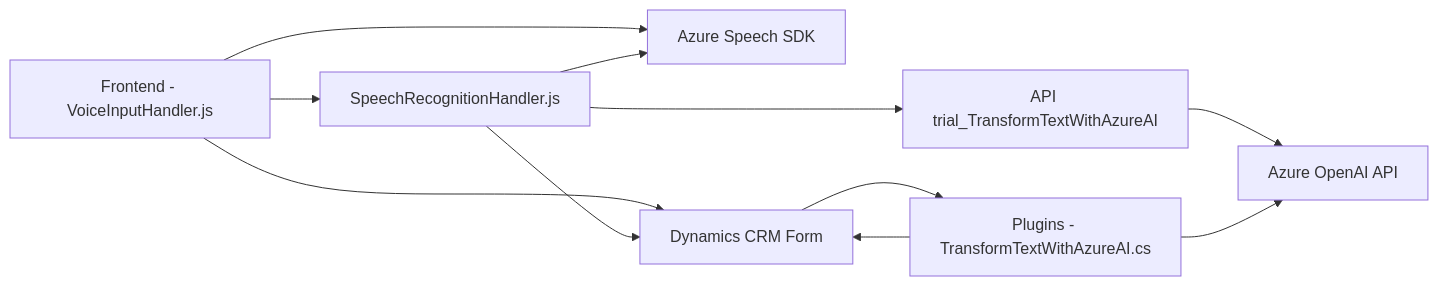
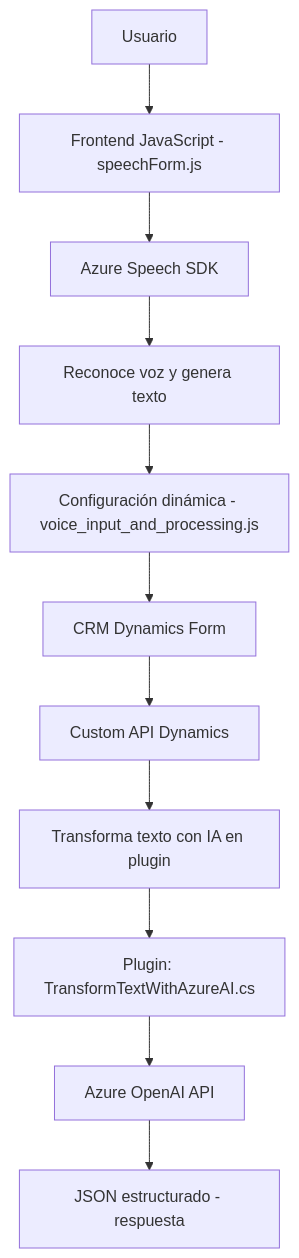
Before and after one commit to blopezdm/NETCORE_BILBAO2025: the diagram in README.md, drawn with Mermaid. The commit also changed other lines of this file, not shown here.

Commit message:
Actualizar análisis global de la solución con IA

````diff
--- a/README.md
+++ b/README.md
@@ -35,13 +50,13 @@
 ```mermaid
-graph LR
-    A["Frontend - VoiceInputHandler.js"] --> B["Azure Speech SDK"]
-    A --> C["Dynamics CRM Form"]
-    A --> F["SpeechRecognitionHandler.js"]
-    F --> B
-    F --> C
-    F --> D["API trial_TransformTextWithAzureAI"]
-    D --> E["Azure OpenAI API"]
-    C --> G["Plugins - TransformTextWithAzureAI.cs"]
-    G --> E
-    G --> C
+graph TD
+    A["Usuario"] --> B["Frontend JavaScript - speechForm.js"]
+    B --> C["Azure Speech SDK"]
+    C --> D["Reconoce voz y genera texto"]
+    D --> E["Configuración dinámica - voice_input_and_processing.js"]
+    E --> F["CRM Dynamics Form"]
+    F --> G["Custom API Dynamics"]
+    G --> H["Transforma texto con IA en plugin"]
+    H --> I["Plugin: TransformTextWithAzureAI.cs"]
+    I --> J["Azure OpenAI API"]
+    J --> K["JSON estructurado - respuesta"]
 ```
````
